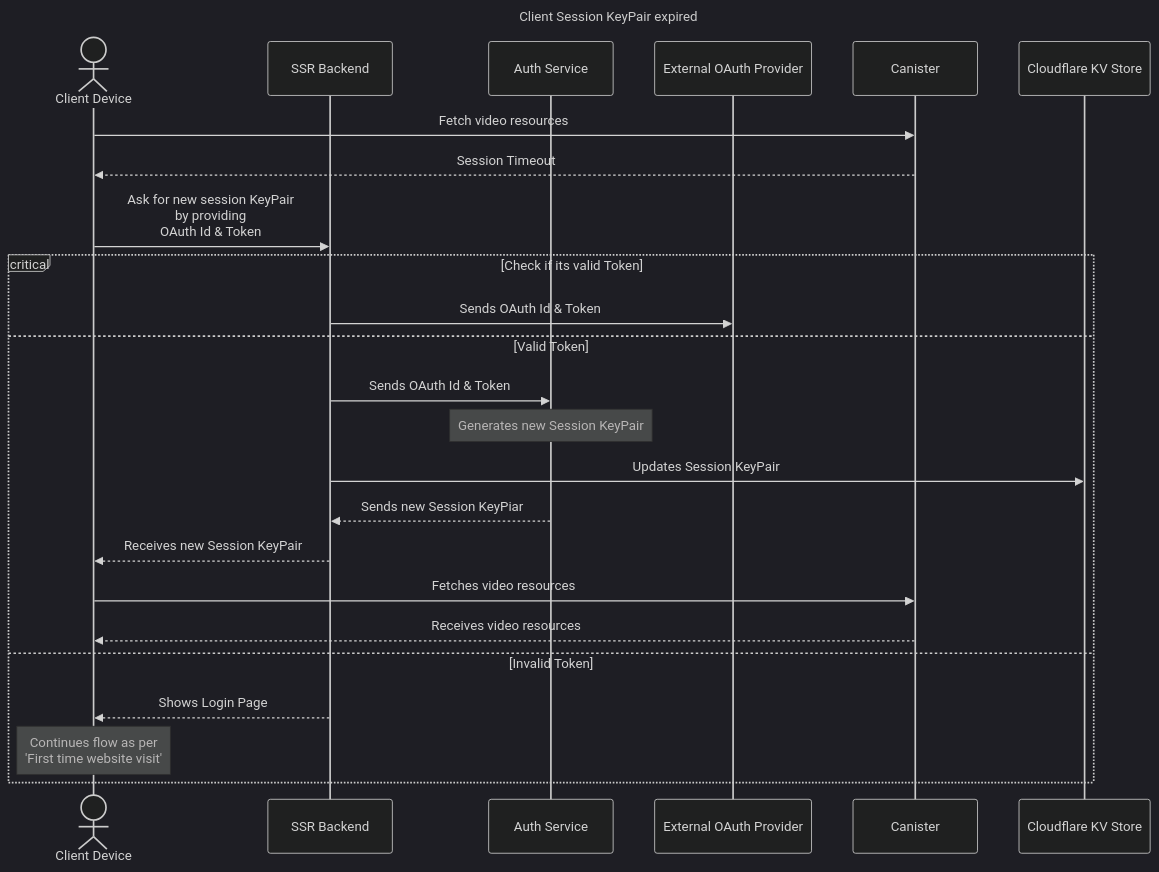
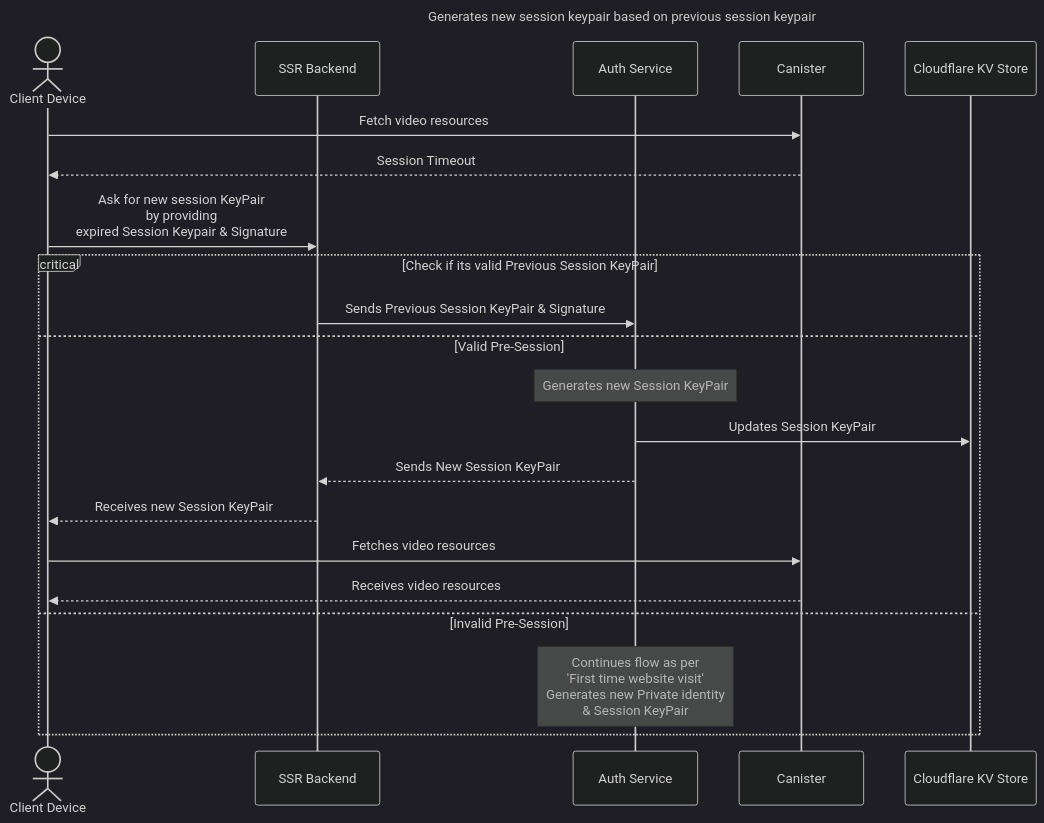
Before and after one commit to yral-dapp/hot-or-not-auth: the second of 3 diagrams in design/auth-flow.md, drawn with Mermaid (dark theme). The commit also changed other lines of this file and 1 other file, not shown here.

Commit message:
Auth flow design included claim token flow with OAuth login.

````diff
--- a/design/auth-flow.md
+++ b/design/auth-flow.md
@@ -45,29 +38,26 @@
 ```mermaid
 ---
-title: Client Session KeyPair expired
+title: Generates new session keypair based on previous session keypair
 ---
 sequenceDiagram
     actor client as Client Device
     participant ssr as SSR Backend
     participant auth as Auth Service
-    participant ext_auth as External OAuth Provider
     participant canister as Canister
     participant kv as Cloudflare KV Store
     client->>canister: Fetch video resources
     canister-->>client: Session Timeout
-    client->>ssr: Ask for new session KeyPair <br/> by providing <br/> OAuth Id & Token
-    critical Check if its valid Token
-        ssr->>ext_auth: Sends OAuth Id & Token
-        option Valid Token
-            ssr->>auth: Sends OAuth Id & Token
+    client->>ssr: Ask for new session KeyPair <br/> by providing <br/> expired Session Keypair & Signature
+    critical Check if its valid Previous Session KeyPair
+        ssr->>auth: Sends Previous Session KeyPair & Signature
+        option Valid Pre-Session
             Note over auth: Generates new Session KeyPair
-            ssr->>kv: Updates Session KeyPair
-            auth-->>ssr: Sends new Session KeyPiar
+            auth->>kv: Updates Session KeyPair
+            auth-->>ssr: Sends New Session KeyPair
             ssr-->>client: Receives new Session KeyPair
             client->>canister: Fetches video resources
             canister-->>client: Receives video resources
-        option Invalid Token
-            ssr-->>client: Shows Login Page
-            Note over client: Continues flow as per <br/> 'First time website visit'
+        option Invalid Pre-Session
+            Note over auth: Continues flow as per <br/> 'First time website visit' <br/> Generates new Private identity <br/> & Session KeyPair
     end
 ```
````
